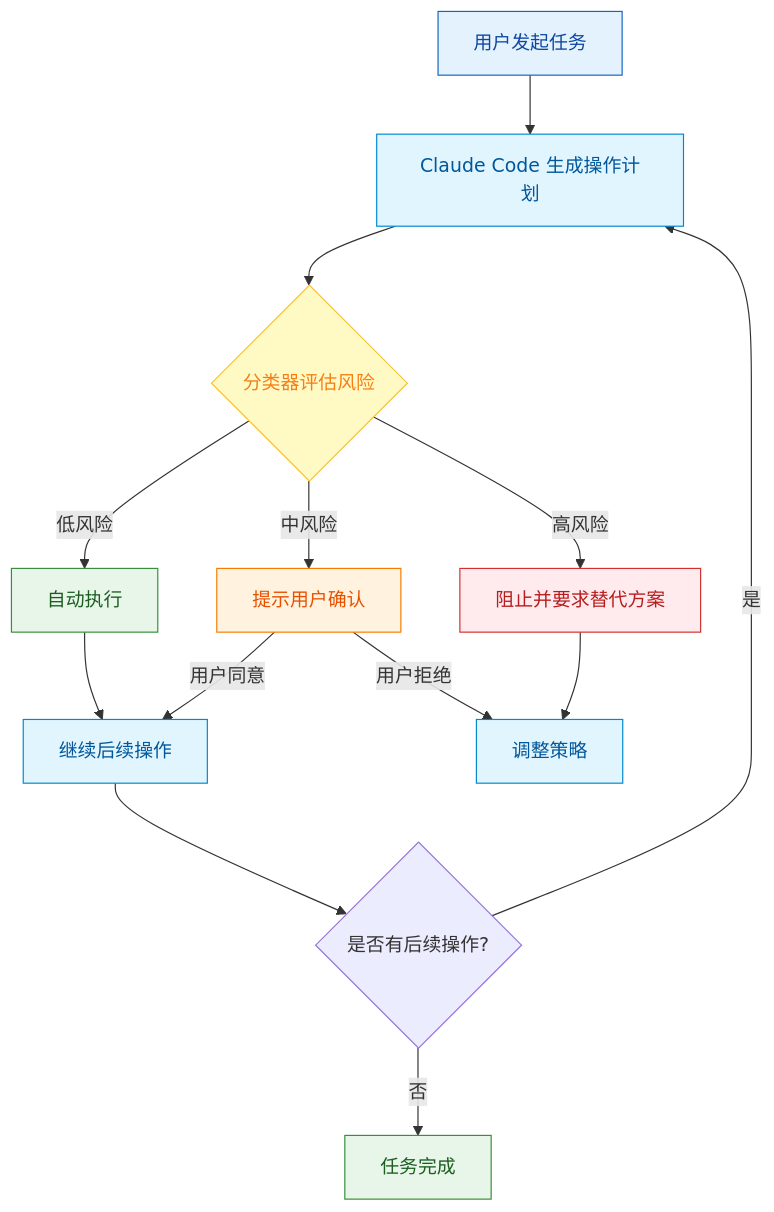
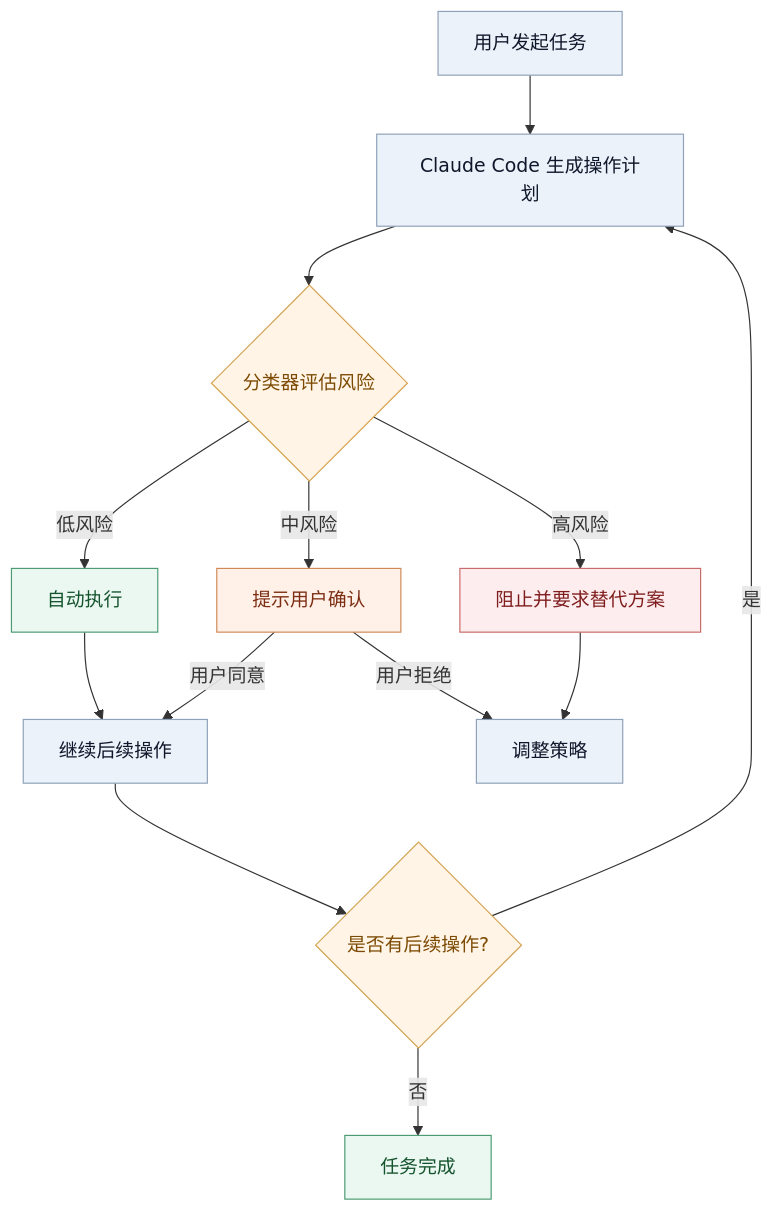
Before and after one commit to FreezeSoul/freezesoul.github.com: the first of 3 diagrams in _posts/2026-03-26-claude-code-auto-mode.md, drawn with Mermaid. The commit also changed other lines of this file, not shown here.

Commit message:
优化mermaid的图形配色

````diff
--- a/_posts/2026-03-26-claude-code-auto-mode.md
+++ b/_posts/2026-03-26-claude-code-auto-mode.md
@@ -24,28 +24,38 @@
 ```mermaid
+%%{init: {'theme': 'base', 'themeVariables': {
+  'background': '#F4F7FB',
+  'primaryColor': '#EAF0F8',
+  'primaryBorderColor': '#9AA9BD',
+  'primaryTextColor': '#0F172A',
+  'lineColor': '#6B7C93',
+  'fontFamily': '"PingFang SC","Noto Sans SC","Microsoft YaHei","Helvetica Neue",Arial,sans-serif'
+}}}%%
 graph TD
     A[用户发起任务] --> B[Claude Code 生成操作计划]
     B --> C{分类器评估风险}
 
     C -->|低风险| D[自动执行]
     C -->|中风险| E[提示用户确认]
     C -->|高风险| F[阻止并要求替代方案]
 
     D --> G[继续后续操作]
     E -->|用户同意| G
     E -->|用户拒绝| H[调整策略]
     F --> H
 
     G --> I{是否有后续操作?}
     I -->|是| B
     I -->|否| J[任务完成]
 
-    style A fill:#e3f2fd,stroke:#1565c0,color:#0d47a1
-    style B fill:#e1f5ff,stroke:#0288d1,color:#01579b
-    style C fill:#fff9c4,stroke:#fbc02d,color:#f57f17
-    style D fill:#e8f5e9,stroke:#388e3c,color:#1b5e20
-    style E fill:#fff3e0,stroke:#f57c00,color:#e65100
-    style F fill:#ffebee,stroke:#d32f2f,color:#b71c1c
-    style G fill:#e1f5ff,stroke:#0288d1,color:#01579b
-    style H fill:#e1f5ff,stroke:#0288d1,color:#01579b
-    style J fill:#e8f5e9,stroke:#388e3c,color:#1b5e20
+    classDef base fill:#ECF2FA,stroke:#8FA1B8,color:#0F172A,stroke-width:1px;
+    classDef decision fill:#FFF4E5,stroke:#D4A24E,color:#7C4A03,stroke-width:1px;
+    classDef success fill:#EAF8F1,stroke:#4C9B73,color:#14532D,stroke-width:1px;
+    classDef warning fill:#FFF1E8,stroke:#D08956,color:#7C2D12,stroke-width:1px;
+    classDef danger fill:#FDEDEE,stroke:#C96A6A,color:#7F1D1D,stroke-width:1px;
+
+    class A,B,G,H base;
+    class C,I decision;
+    class D,J success;
+    class E warning;
+    class F danger;
 ```
````
